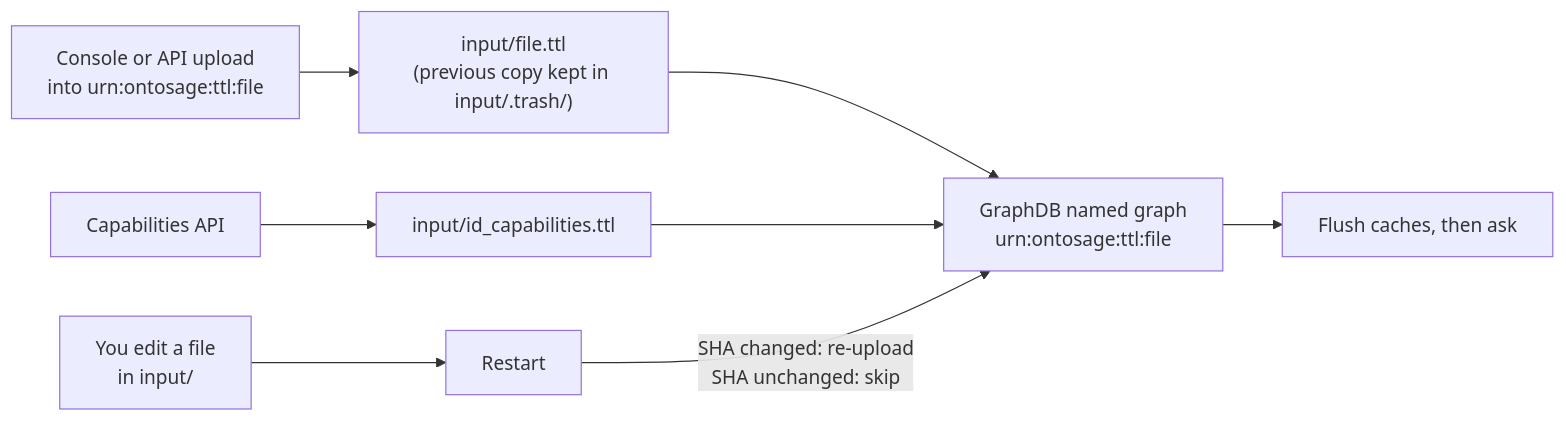
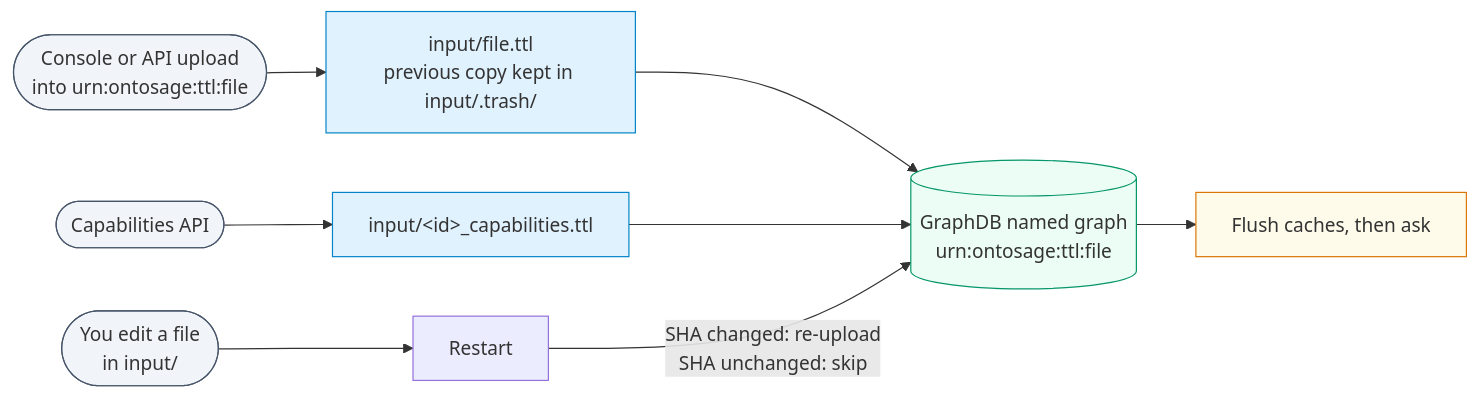
One commit to suhasdevmane/suhasdevmane.github.io changed the first of 2 diagrams in _docs/edit-ttl.md. Above: the diagram before and after it, drawn with Mermaid. The commit also changed other lines of this file and 958 other files, not shown here.

````diff
--- a/_docs/edit-ttl.md
+++ b/_docs/edit-ttl.md
@@ -31,10 +30,16 @@
 ```mermaid
+%% caption: Every edit path should end in a file under input/. GraphDB holds a copy of each file in its own named graph; a restart reloads only the files whose SHA changed.
 flowchart LR
-    U["Console or API upload<br/>into urn:ontosage:ttl:file"] --> F["input/file.ttl<br/>(previous copy kept in input/.trash/)"]
-    C["Capabilities API"] --> CF["input/id_capabilities.ttl"]
-    E["You edit a file<br/>in input/"] --> R["Restart"]
-    F --> G["GraphDB named graph<br/>urn:ontosage:ttl:file"]
+    U(["Console or API upload<br/>into urn:ontosage:ttl:file"]):::user --> F["input/file.ttl<br/>previous copy kept in input/.trash/"]:::answer
+    C(["Capabilities API"]):::user --> CF["input/&lt;id&gt;_capabilities.ttl"]:::answer
+    E(["You edit a file<br/>in input/"]):::user --> R["Restart"]
+    F --> G[("GraphDB named graph<br/>urn:ontosage:ttl:file")]:::store
     CF --> G
     R -->|"SHA changed: re-upload<br/>SHA unchanged: skip"| G
-    G --> Q["Flush caches, then ask"]
+    G --> Q["Flush caches, then ask"]:::check
+
+    classDef user fill:#f1f5f9,stroke:#475569
+    classDef store fill:#ecfdf5,stroke:#059669
+    classDef check fill:#fffbeb,stroke:#d97706
+    classDef answer fill:#e0f2fe,stroke:#0284c7
 ```
````
